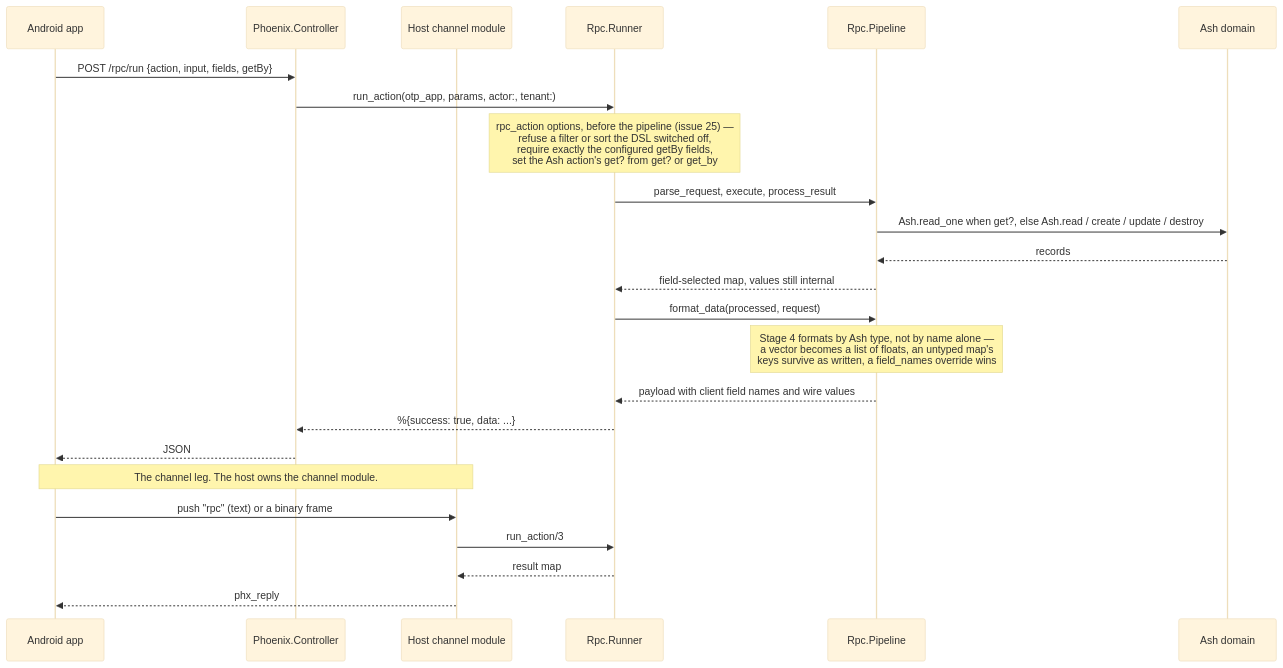
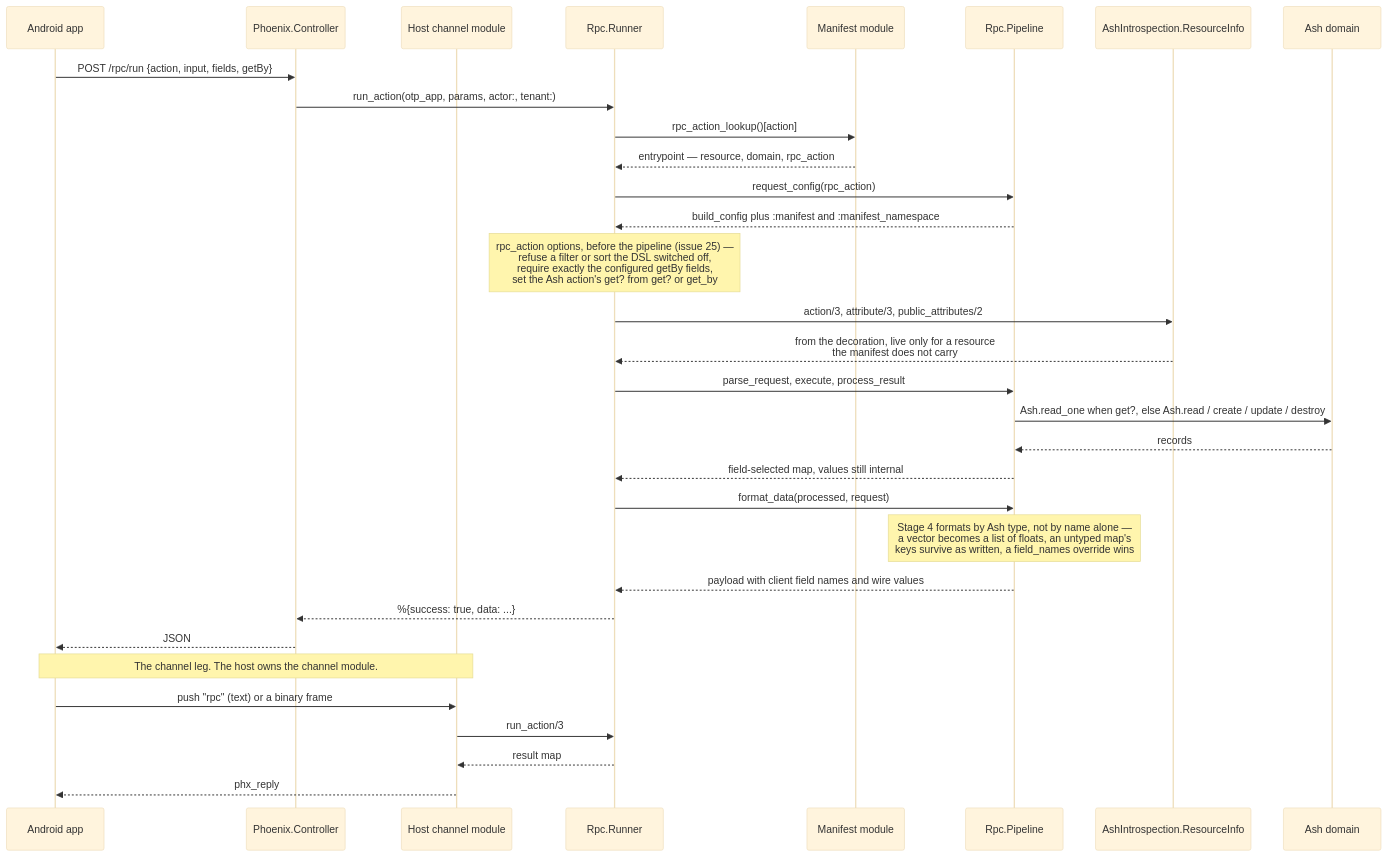
One commit to udin-io/ash_kotlin_multiplatform changed the fourth of 5 diagrams in docs/architecture.md. Above: the diagram before and after it, drawn with Mermaid (base theme). The commit also changed other lines of this file and 12 other files, not shown here.

First line of the commit message:
Put the manifest on the request path (ash_introspection#23 stage 5a PR 4) (#103)

````diff
--- a/docs/architecture.md
+++ b/docs/architecture.md
@@ -193,28 +193,36 @@
 ```mermaid
 sequenceDiagram
     participant App as Android app
     participant Ctl as Phoenix.Controller
     participant Ch as Host channel module
     participant Run as Rpc.Runner
+    participant Man as Manifest module
     participant Pipe as Rpc.Pipeline
+    participant RI as AshIntrospection.ResourceInfo
     participant Ash as Ash domain
 
     App->>Ctl: POST /rpc/run {action, input, fields, getBy}
     Ctl->>Run: run_action(otp_app, params, actor:, tenant:)
+    Run->>Man: rpc_action_lookup()[action]
+    Man-->>Run: entrypoint — resource, domain, rpc_action
+    Run->>Pipe: request_config(rpc_action)
+    Pipe-->>Run: build_config plus :manifest and :manifest_namespace
     Note over Run: rpc_action options, before the pipeline (issue 25) —<br/>refuse a filter or sort the DSL switched off,<br/>require exactly the configured getBy fields,<br/>set the Ash action's get? from get? or get_by
+    Run->>RI: action/3, attribute/3, public_attributes/2
+    RI-->>Run: from the decoration, live only for a resource<br/>the manifest does not carry
     Run->>Pipe: parse_request, execute, process_result
     Pipe->>Ash: Ash.read_one when get?, else Ash.read / create / update / destroy
     Ash-->>Pipe: records
     Pipe-->>Run: field-selected map, values still internal
     Run->>Pipe: format_data(processed, request)
     Note over Pipe: Stage 4 formats by Ash type, not by name alone —<br/>a vector becomes a list of floats, an untyped map's<br/>keys survive as written, a field_names override wins
     Pipe-->>Run: payload with client field names and wire values
     Run-->>Ctl: %{success: true, data: ...}
     Ctl-->>App: JSON
 
     Note over App,Ch: The channel leg. The host owns the channel module.
     App->>Ch: push "rpc" (text) or a binary frame
     Ch->>Run: run_action/3
     Run-->>Ch: result map
     Ch-->>App: phx_reply
 ```
````
